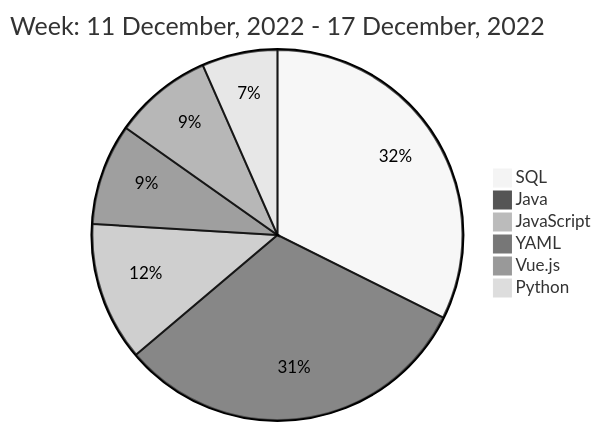
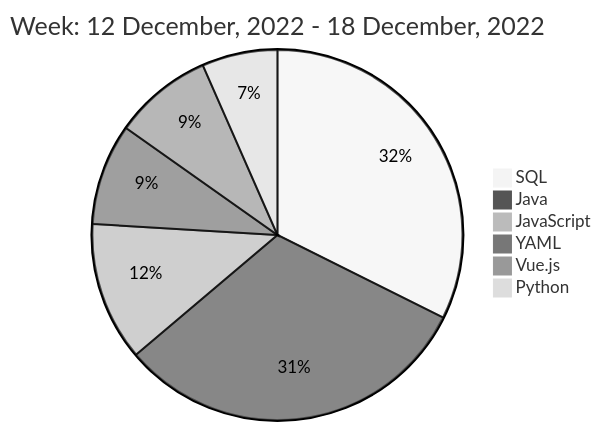
One commit to liubin95/liubin95 changed the diagram in README.md. Above: the diagram before and after it, drawn with Mermaid (neutral theme).

Commit message:
Updated the Graph with new Metrics

````diff
--- a/README.md
+++ b/README.md
@@ -40,10 +40,10 @@
 ```mermaid
  pie
-title Week: 11 December, 2022 - 17 December, 2022
+title Week: 12 December, 2022 - 18 December, 2022
  "SQL" : 4.32
  "Java" : 4.2
  "JavaScript" : 1.62
  "YAML" : 1.18
  "Vue.js" : 1.15
  "Python" : 0.88
 ```
````
